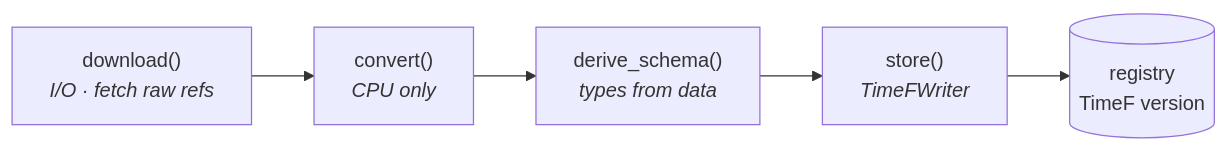
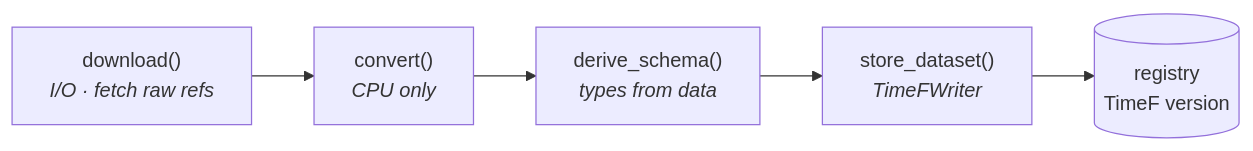
Before and after one commit to OpenTSLM/TimeNet: the diagram in docs/data-model/index.md, drawn with Mermaid. The commit also changed 26 other files, not shown here.

````diff
--- a/docs/data-model/index.md
+++ b/docs/data-model/index.md
@@ -32,9 +32,9 @@
 ```mermaid
 flowchart LR
     D["download()<br/><i>I/O · fetch raw refs</i>"]
     C["convert()<br/><i>CPU only</i>"]
     S["derive_schema()<br/><i>types from data</i>"]
-    W["store()<br/><i>TimeFWriter</i>"]
+    W["store_dataset()<br/><i>TimeFWriter</i>"]
     R[("registry<br/>TimeF version")]
     D --> C --> S --> W --> R
 ```
````
